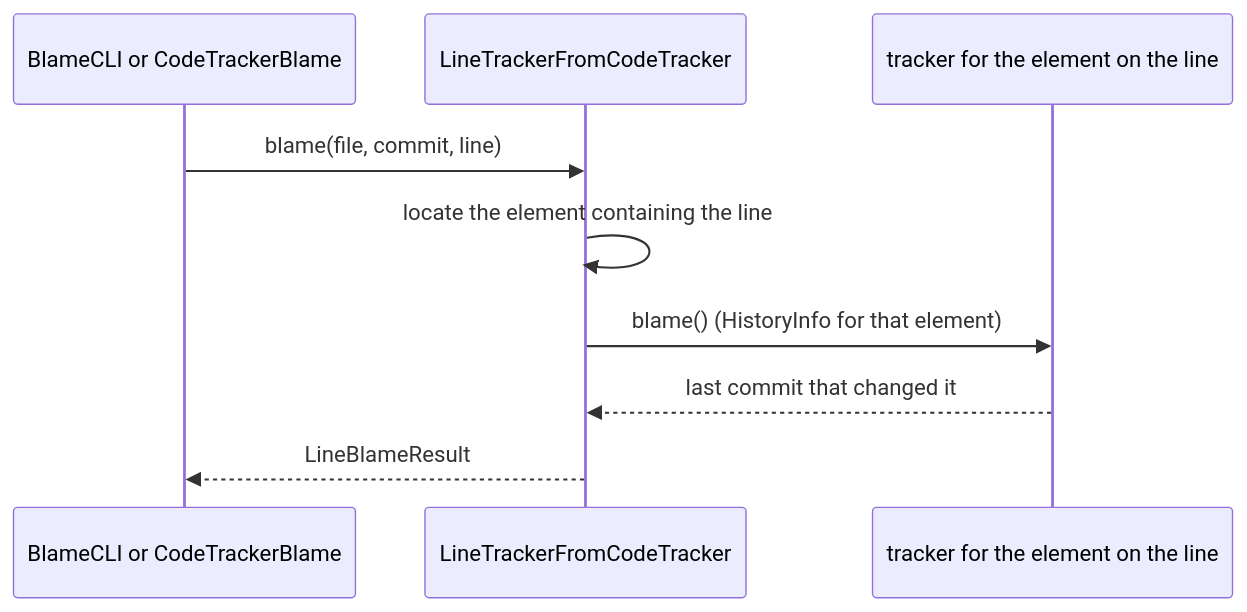
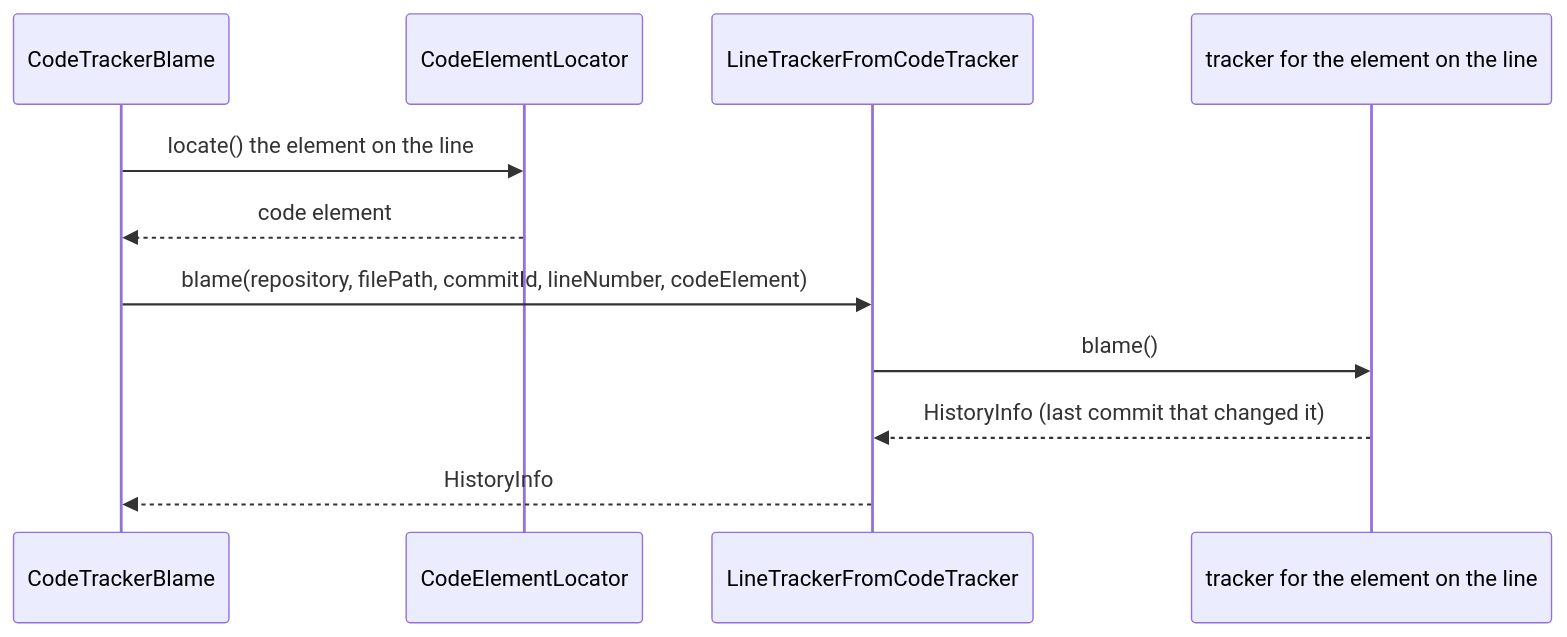
One commit to parinaz-st/code-tracker changed the second of 2 diagrams in docs/architecture/04-element-trackers.md. Above: the diagram before and after it, drawn with Mermaid. The commit also changed other lines of this file and 8 other files, not shown here.

First line of the commit message:
Correct the architecture docs against the code and drop ADR 0002

````diff
--- a/docs/architecture/04-element-trackers.md
+++ b/docs/architecture/04-element-trackers.md
@@ -30,11 +30,13 @@
 ```mermaid
 sequenceDiagram
-    participant U as BlameCLI or CodeTrackerBlame
+    participant U as CodeTrackerBlame
+    participant C as CodeElementLocator
     participant L as LineTrackerFromCodeTracker
     participant T as tracker for the element on the line
-    U->>L: blame(file, commit, line)
-    L->>L: locate the element containing the line
-    L->>T: blame() (HistoryInfo for that element)
-    T-->>L: last commit that changed it
-    L-->>U: LineBlameResult
+    U->>C: locate() the element on the line
+    C-->>U: code element
+    U->>L: blame(repository, filePath, commitId, lineNumber, codeElement)
+    L->>T: blame()
+    T-->>L: HistoryInfo (last commit that changed it)
+    L-->>U: HistoryInfo
 ```
````
